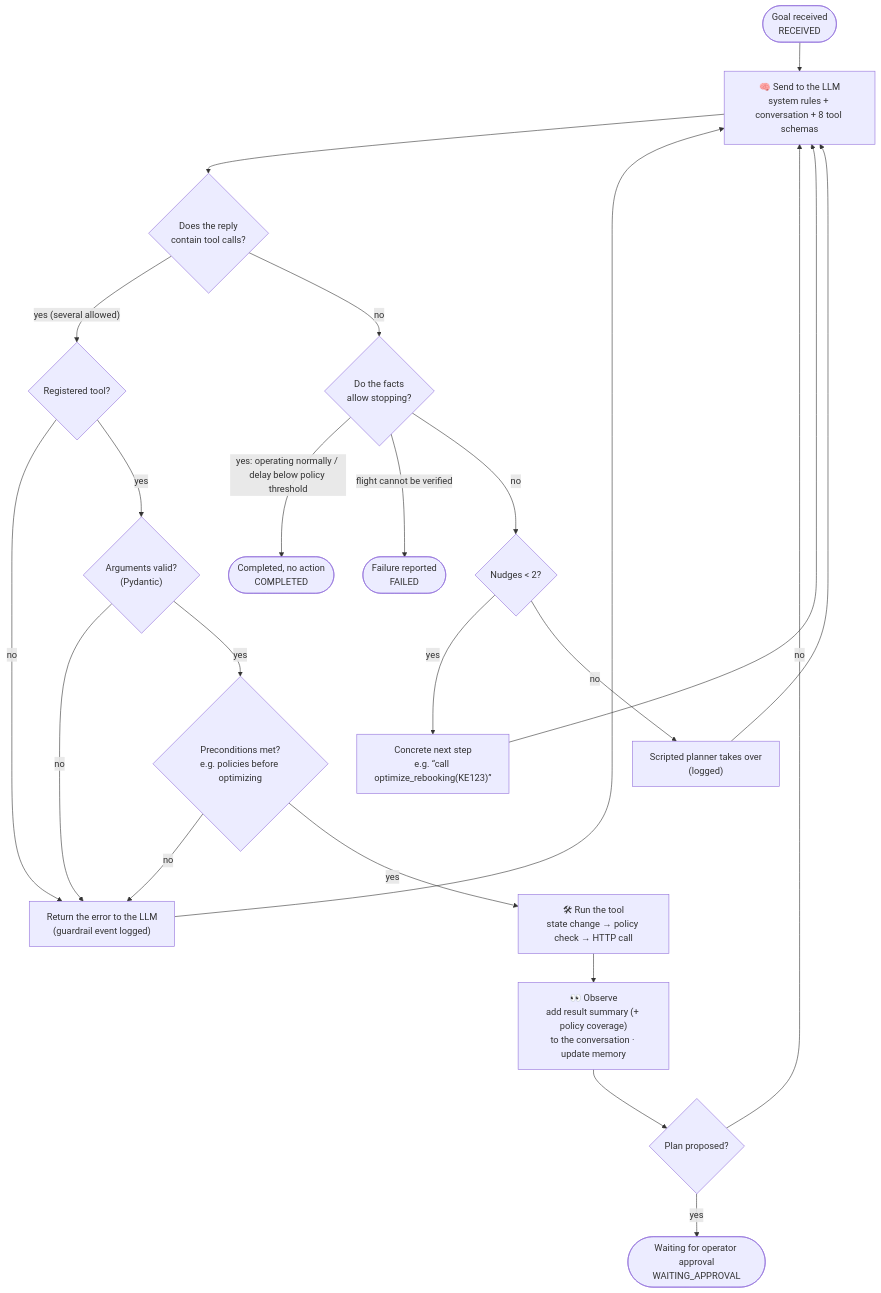
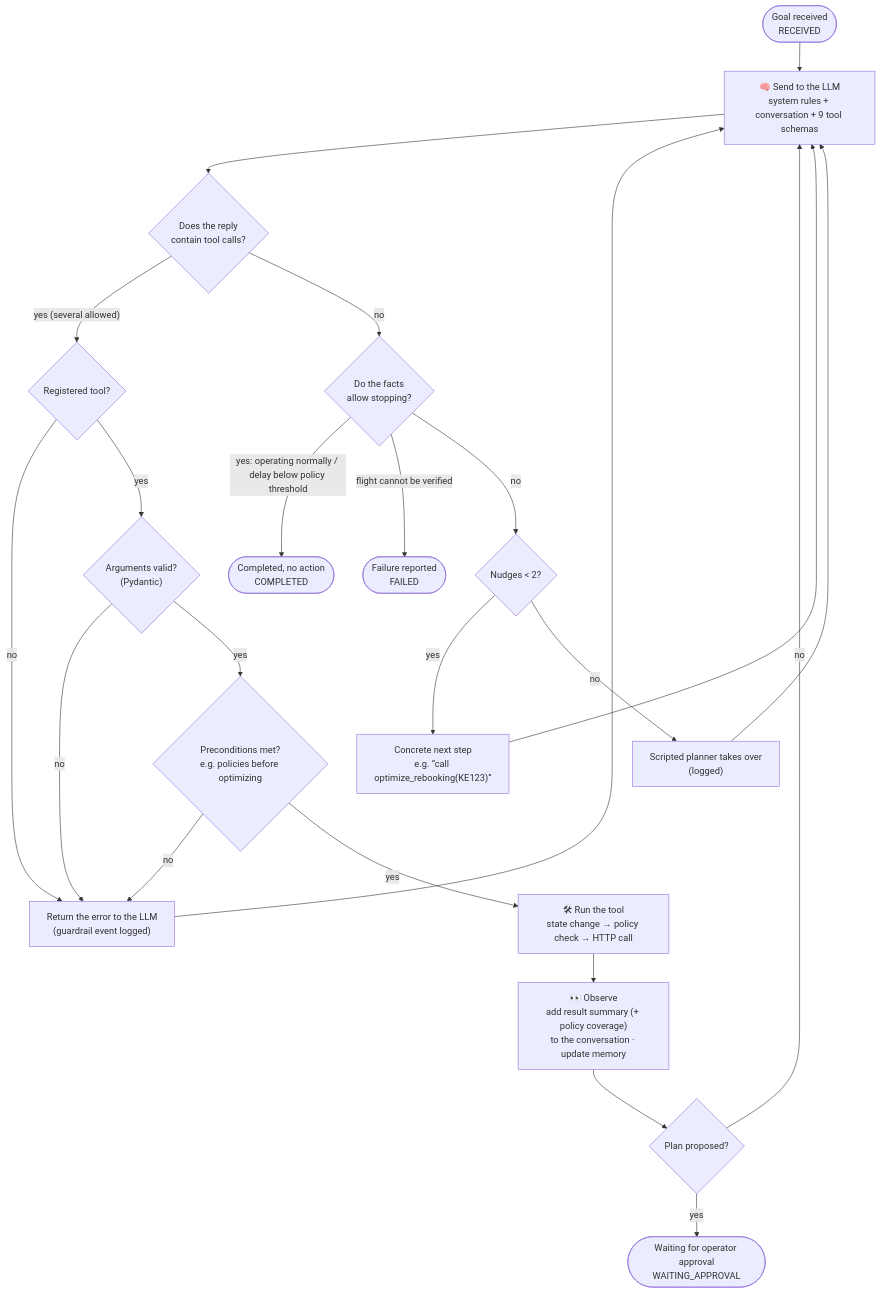
The second of 9 diagrams in docs/agent.en.md (hyunolike/reroute-irops-agent), drawn with Mermaid before and after one commit. The commit also changed other lines of this file and 3 other files, not shown here.

````diff
--- a/docs/agent.en.md
+++ b/docs/agent.en.md
@@ -68,26 +72,26 @@
 ```mermaid
 flowchart TD
     start(["Goal received<br/>RECEIVED"]) --> think
 
-    think["🧠 Send to the LLM<br/>system rules + conversation + 8 tool schemas"] --> resp{"Does the reply<br/>contain tool calls?"}
+    think["🧠 Send to the LLM<br/>system rules + conversation + 9 tool schemas"] --> resp{"Does the reply<br/>contain tool calls?"}
 
     resp -- "yes (several allowed)" --> v1{"Registered tool?"}
     v1 -- no --> err["Return the error to the LLM<br/>(guardrail event logged)"]
     v1 -- yes --> v2{"Arguments valid?<br/>(Pydantic)"}
     v2 -- no --> err
     v2 -- yes --> v3{"Preconditions met?<br/>e.g. policies before optimizing"}
     v3 -- no --> err
     v3 -- yes --> act["🛠 Run the tool<br/>state change → policy check → HTTP call"]
     act --> obs["👀 Observe<br/>add result summary (+ policy coverage)<br/>to the conversation · update memory"]
     err --> think
     obs --> done{"Plan proposed?"}
     done -- no --> think
     done -- yes --> wait(["Waiting for operator approval<br/>WAITING_APPROVAL"])
 
     resp -- no --> stop{"Do the facts<br/>allow stopping?"}
     stop -- "yes: operating normally / delay below policy threshold" --> noact(["Completed, no action<br/>COMPLETED"])
     stop -- "flight cannot be verified" --> fail(["Failure reported<br/>FAILED"])
     stop -- no --> nudge{"Nudges < 2?"}
     nudge -- yes --> hint["Concrete next step<br/>e.g. “call optimize_rebooking(KE123)”"] --> think
     nudge -- no --> takeover["Scripted planner takes over<br/>(logged)"] --> think
 ```
````
